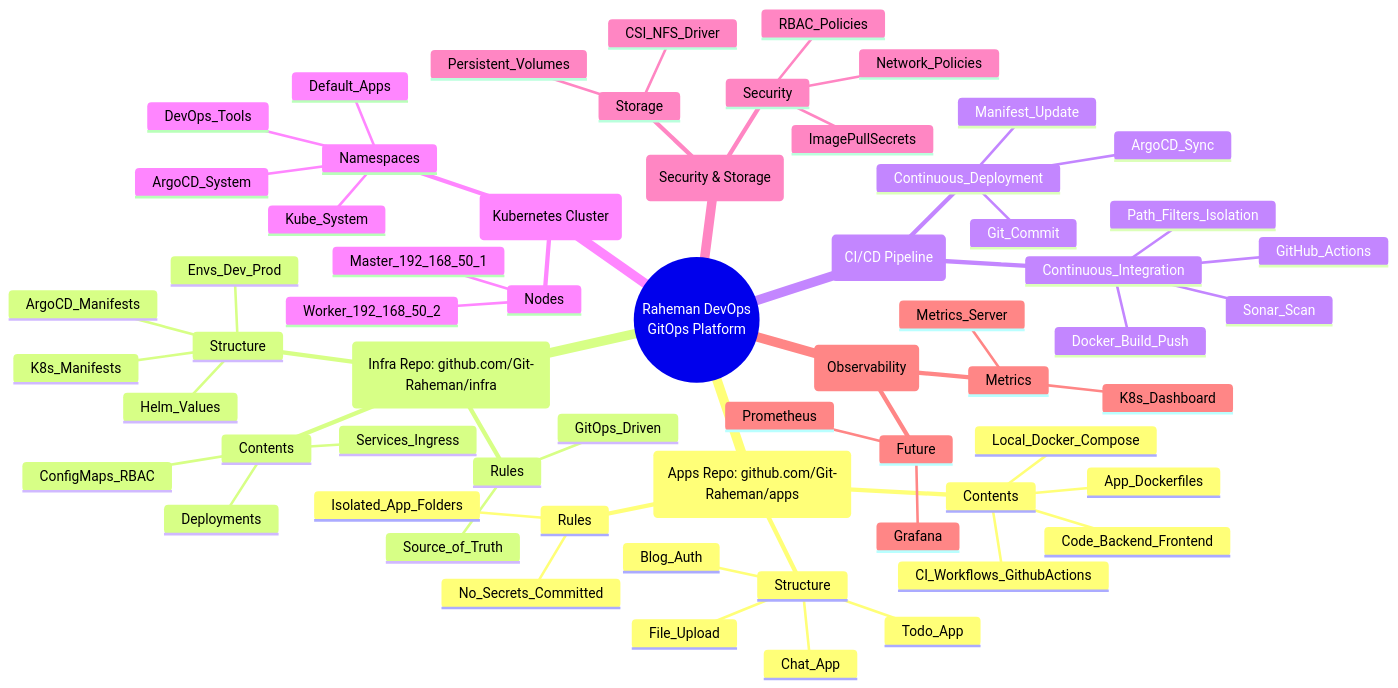
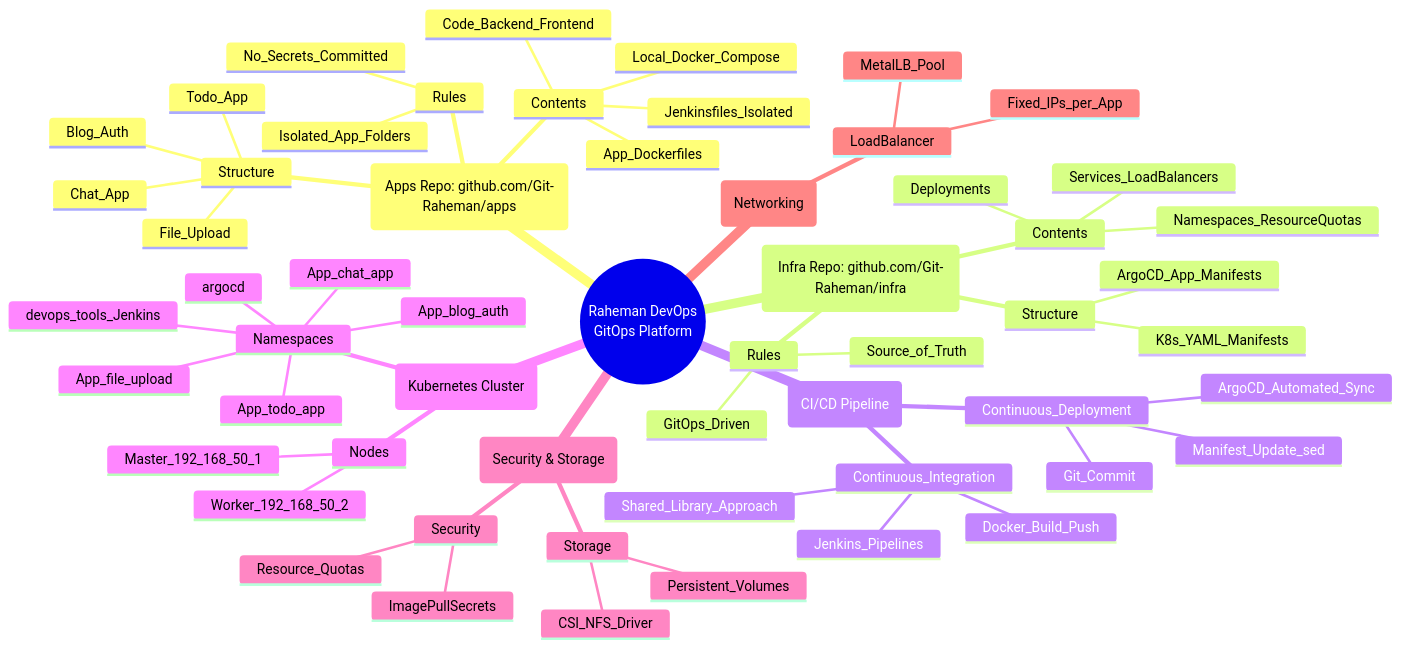
The first of 2 diagrams in PLATFORM_MINDMAP.md (Git-Raheman/Infra), drawn with Mermaid before and after one commit. The commit also changed other lines of this file and 13 other files, not shown here.

````diff
--- a/PLATFORM_MINDMAP.md
+++ b/PLATFORM_MINDMAP.md
@@ -7,66 +7,61 @@
 ```mermaid
 mindmap
   root((Raheman DevOps
   GitOps Platform))
     Apps_Repo(Apps Repo: github.com/Git-Raheman/apps)
       Structure
         Todo_App
         Chat_App
         Blog_Auth
         File_Upload
       Contents
         Code_Backend_Frontend
         Local_Docker_Compose
         App_Dockerfiles
-        CI_Workflows_GithubActions
+        Jenkinsfiles_Isolated
       Rules
         No_Secrets_Committed
         Isolated_App_Folders
     Infra_Repo(Infra Repo: github.com/Git-Raheman/infra)
       Structure
-        ArgoCD_Manifests
-        Helm_Values
-        Envs_Dev_Prod
-        K8s_Manifests
+        ArgoCD_App_Manifests
+        K8s_YAML_Manifests
       Contents
+        Namespaces_ResourceQuotas
         Deployments
-        Services_Ingress
-        ConfigMaps_RBAC
+        Services_LoadBalancers
       Rules
         Source_of_Truth
         GitOps_Driven
     CICD(CI/CD Pipeline)
       Continuous_Integration
-        GitHub_Actions
-        Path_Filters_Isolation
+        Jenkins_Pipelines
+        Shared_Library_Approach
         Docker_Build_Push
-        Sonar_Scan
       Continuous_Deployment
-        Manifest_Update
+        Manifest_Update_sed
         Git_Commit
-        ArgoCD_Sync
+        ArgoCD_Automated_Sync
     Kubernetes(Kubernetes Cluster)
       Nodes
         Master_192_168_50_1
         Worker_192_168_50_2
       Namespaces
-        Default_Apps
-        DevOps_Tools
-        ArgoCD_System
-        Kube_System
+        App_blog_auth
+        App_chat_app
+        App_file_upload
+        App_todo_app
+        devops_tools_Jenkins
+        argocd
     Security(Security & Storage)
       Storage
         CSI_NFS_Driver
         Persistent_Volumes
       Security
         ImagePullSecrets
-        RBAC_Policies
-        Network_Policies
-    Monitoring(Observability)
-      Metrics
-        Metrics_Server
-        K8s_Dashboard
-      Future
-        Prometheus
-        Grafana
+        Resource_Quotas
+    Networking(Networking)
+      LoadBalancer
+        MetalLB_Pool
+        Fixed_IPs_per_App
 ```
````
